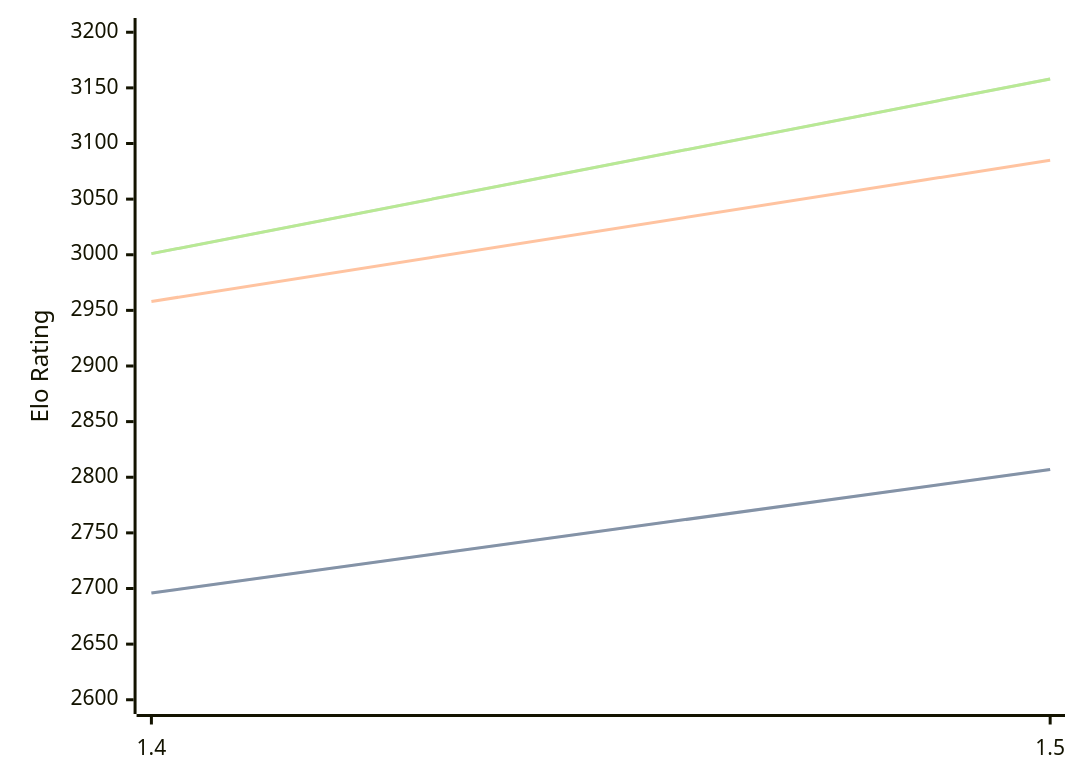
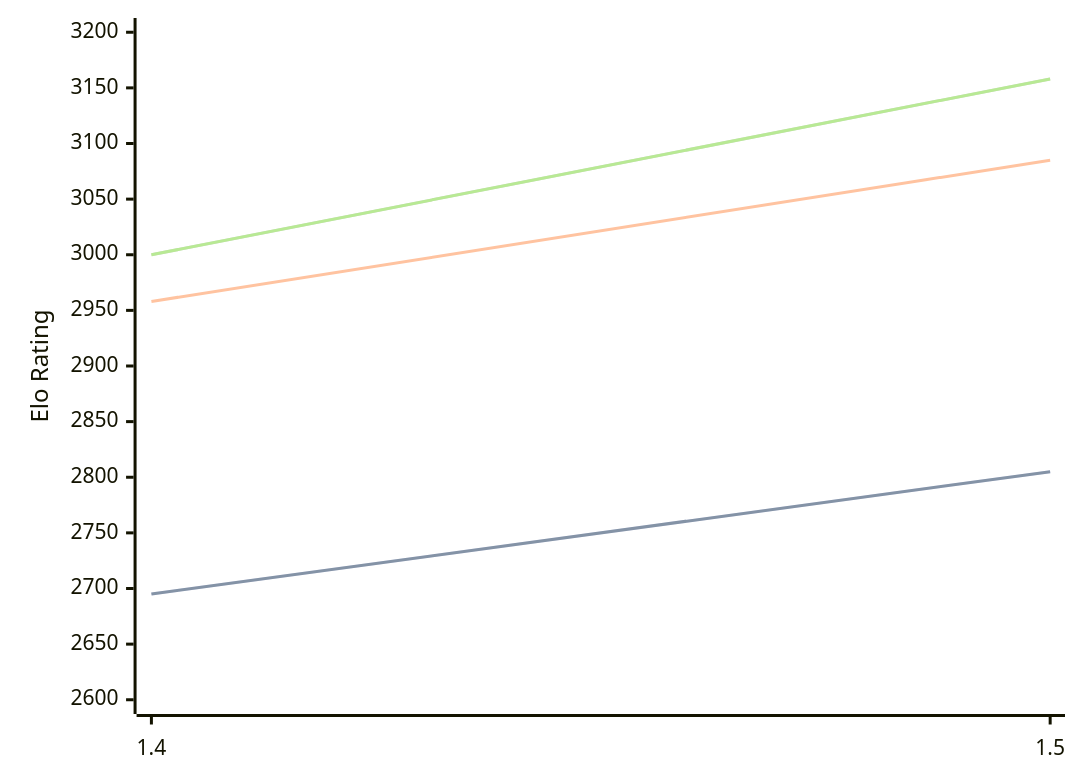
The diagram in engines/Yakka.md (computer-chess-index/cci), drawn with Mermaid before and after one commit. The commit also changed other lines of this file, not shown here.

Commit message:
Update CCI Ratings (ELO VLTC) - 2026-02-14

````diff
--- a/engines/Yakka.md
+++ b/engines/Yakka.md
@@ -33,11 +33,11 @@
 ```mermaid
 %%{init: {"theme":"base","themeVariables":{"seriesColors:['#a3a3a3','#222221','#faa371']}}}%%
 xychart-beta
   x-axis ["1.4", "1.5"]
   y-axis "Elo Rating" 2600 --> 3200
-  line "STC (8.0+0.08s)" [2696, 2807]
-  line "STC (8.0+0.08s)" [2696, 2807]
+  line "STC (8.0+0.08s)" [2695, 2805]
+  line "STC (8.0+0.08s)" [2695, 2805]
   line "LTC (60.0+0.60s)" [2958, 3085]
-  line "VLTC (2m24s+1.12s)" [3001, 3158]
-  line "VLTC (2m24s+1.12s)" [3001, 3158]
+  line "VLTC (2m24s+1.12s)" [3000, 3158]
+  line "VLTC (2m24s+1.12s)" [3000, 3158]
 ```
````
